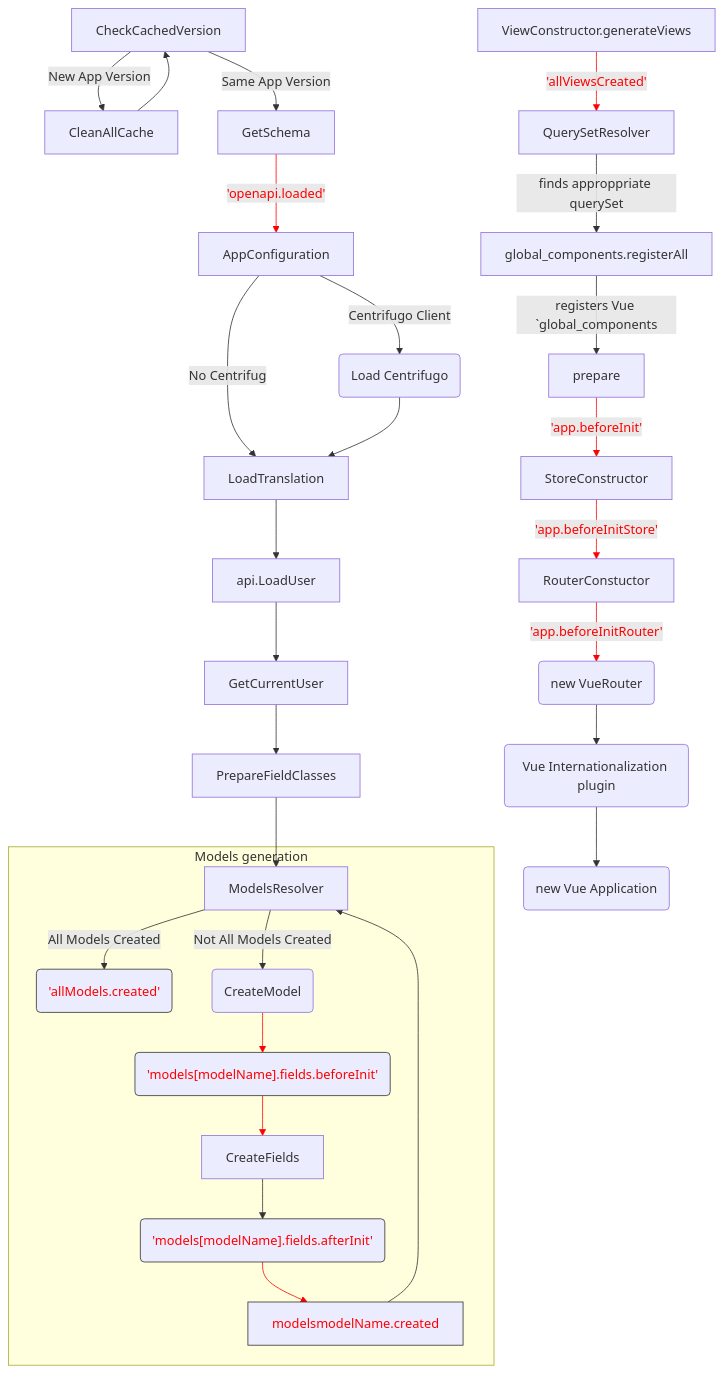
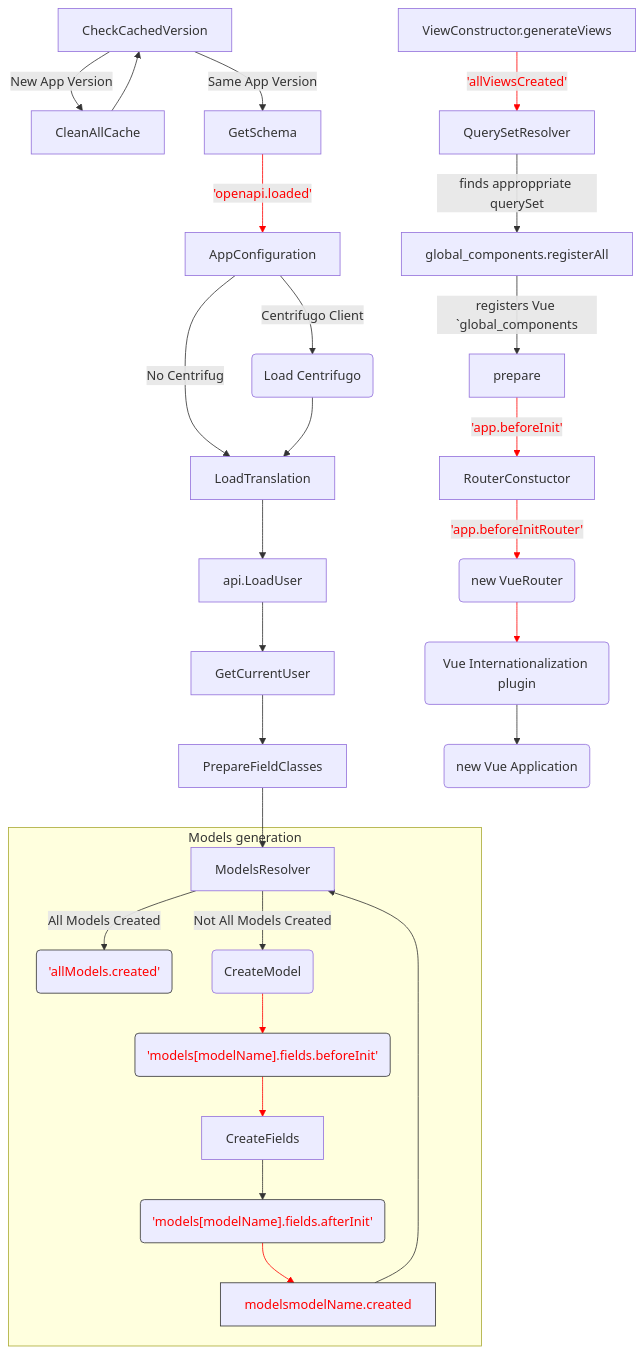
Before and after one commit to vstconsulting/vstutils: the diagram in doc/quickstart-front.rst, drawn with Mermaid. The commit also changed other lines of this file and 123 other files, not shown here.

```diff
--- a/doc/quickstart-front.rst
+++ b/doc/quickstart-front.rst
@@ -37,38 +36,37 @@
 .. mermaid::
 
     graph TD
       CheckCachedVersion--New App Version-->CleanAllCache;
       CheckCachedVersion--Same App Version-->GetSchema;
       CleanAllCache-->CheckCachedVersion
       GetSchema--'openapi.loaded'-->AppConfiguration
       AppConfiguration--Centrifugo Client-->Centrifugo(Load Centrifugo)
       AppConfiguration--No Centrifugo-->LoadTranslation
       Centrifugo-->LoadTranslation
       LoadTranslation-->api.LoadUser-->GetCurrentUser
       GetCurrentUser-->PrepareFieldClasses
       PrepareFieldClasses-->ModelsResolver
       subgraph Models generation
       ModelsResolver--All Models Created-->B('allModels.created'):::classSignal
       ModelsResolver--Not All Models Created-->CreateModel
       CreateModel(CreateModel)-->SignalBeforeInit("'models#91;modelName#93;.fields.beforeInit'"):::classSignal-->CreateFields
       CreateFields-->SignalAfterInit("'models#91;modelName#93;.fields.afterInit'"):::classSignal-->modelsmodelName.created:::classSignal
       modelsmodelName.created-->ModelsResolver
       end
       ViewConstructor.generateViews--'allViewsCreated'-->QuerySetResolver
       QuerySetResolver--finds approppriate querySet-->global_components.registerAll
       global_components.registerAll--registers Vue `global_components-->prepare
-      prepare--'app.beforeInit'-->StoreConstructor
-      StoreConstructor--'app.beforeInitStore'-->RouterConstuctor
+      prepare--'app.beforeInit'-->RouterConstuctor
       RouterConstuctor--'app.beforeInitRouter'-->D(new VueRouter)
       D-->E(Vue Internationalization plugin)
       E-->F(new Vue Application)
 
     linkStyle 3 stroke:red,color:red
     linkStyle 13 stroke:red,color:red
     linkStyle 14 stroke:red,color:red
     linkStyle 16 stroke:red,color:red
     linkStyle 18 stroke:red,color:red
     linkStyle 21 stroke:red,color:red
     linkStyle 22 stroke:red,color:red
     linkStyle 23 stroke:red,color:red
     classDef classSignal stroke:#333,color:#f00;
```
